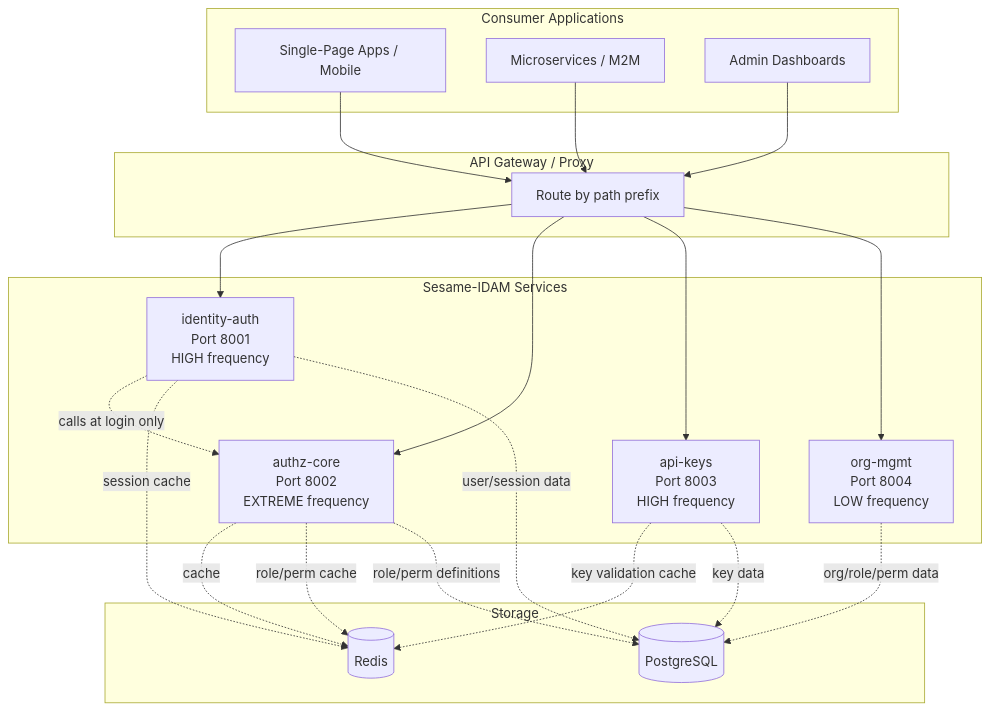
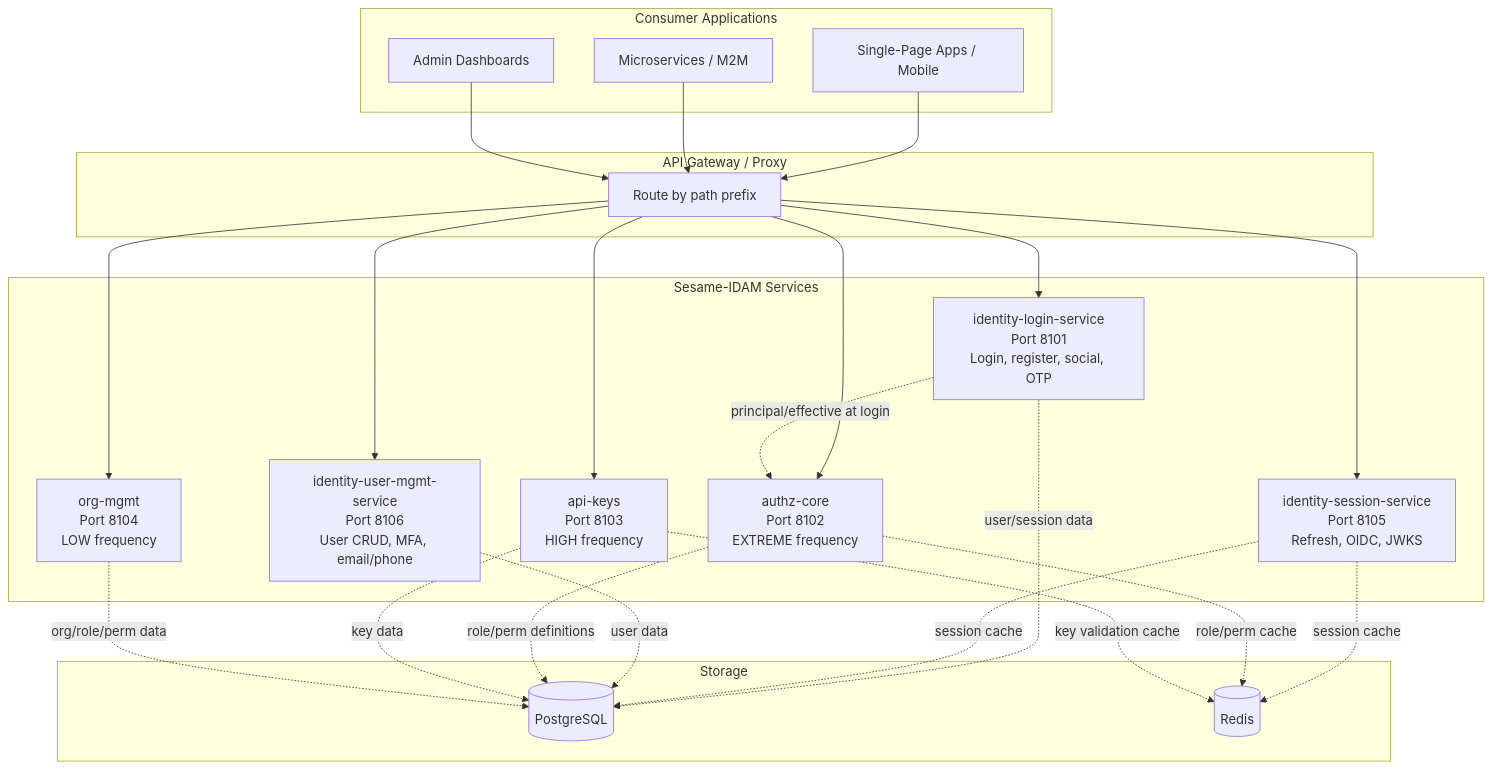
One commit to microscaler/sesame-idam changed the first of 14 diagrams in docs/design-doc.md. Above: the diagram before and after it, drawn with Mermaid. The commit also changed other lines of this file and 424 other files, not shown here.

````diff
--- a/docs/design-doc.md
+++ b/docs/design-doc.md
@@ -101,37 +117,42 @@
 ```mermaid
 graph TB
     subgraph "Consumer Applications"
         SPA[Single-Page Apps / Mobile]
         Microsvc[Microservices / M2M]
         Admin[Admin Dashboards]
     end
     subgraph "API Gateway / Proxy"
         Proxy[Route by path prefix]
     end
     subgraph "Sesame-IDAM Services"
-        IA[identity-auth<br/>Port 8001<br/>HIGH frequency]
-        AC[authz-core<br/>Port 8002<br/>EXTREME frequency]
-        AK[api-keys<br/>Port 8003<br/>HIGH frequency]
-        OM[org-mgmt<br/>Port 8004<br/>LOW frequency]
+        IL[identity-login-service<br/>Port 8101<br/>Login, register, social, OTP]
+        IS[identity-session-service<br/>Port 8105<br/>Refresh, OIDC, JWKS]
+        IU[identity-user-mgmt-service<br/>Port 8106<br/>User CRUD, MFA, email/phone]
+        AC[authz-core<br/>Port 8102<br/>EXTREME frequency]
+        AK[api-keys<br/>Port 8103<br/>HIGH frequency]
+        OM[org-mgmt<br/>Port 8104<br/>LOW frequency]
     end
     subgraph "Storage"
         PG[(PostgreSQL)]
         Redis[(Redis)]
     end
     SPA --> Proxy
     Microsvc --> Proxy
     Admin --> Proxy
-    Proxy --> IA
+    Proxy --> IL
+    Proxy --> IS
+    Proxy --> IU
     Proxy --> AC
     Proxy --> AK
     Proxy --> OM
-    IA -. calls at login only .-> AC
-    AC -. cache .-> Redis
-    IA -. session cache .-> Redis
+    IL -. principal/effective at login .-> AC
+    IS -. session cache .-> Redis
     AC -. role/perm cache .-> Redis
     AK -. key validation cache .-> Redis
-    IA -. user/session data .-> PG
+    IL -. user/session data .-> PG
+    IS -. session cache .-> PG
+    IU -. user data .-> PG
     AC -. role/perm definitions .-> PG
     AK -. key data .-> PG
     OM -. org/role/perm data .-> PG
 ```
````
